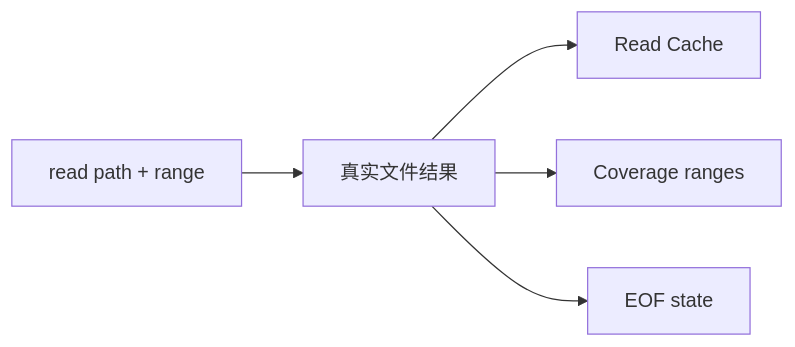
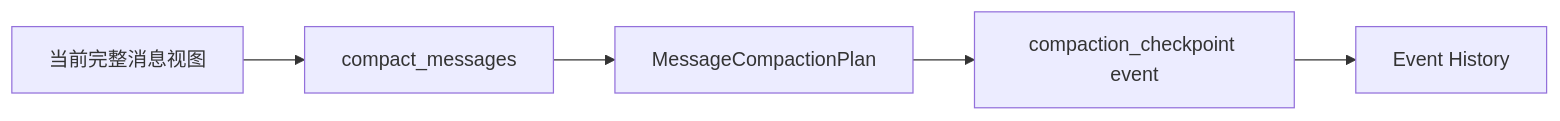
Diagram 12 of 18 in docs/10-context-governance-and-read-state.md (Arthur999459up/GitAgent), drawn with Mermaid before and after one commit. The commit also changed other lines of this file and 3 other files, not shown here.

````diff
--- a/docs/10-context-governance-and-read-state.md
+++ b/docs/10-context-governance-and-read-state.md
@@ -152,7 +500,7 @@
 ```mermaid
 flowchart LR
-    R[read path + range] --> F[真实文件结果]
-    F --> C[Read Cache]
-    F --> V[Coverage ranges]
-    F --> E[EOF state]
+    M[当前完整消息视图] --> C[compact_messages]
+    C --> P[MessageCompactionPlan]
+    P --> E[compaction_checkpoint event]
+    E --> L[Event History]
 ```
````
